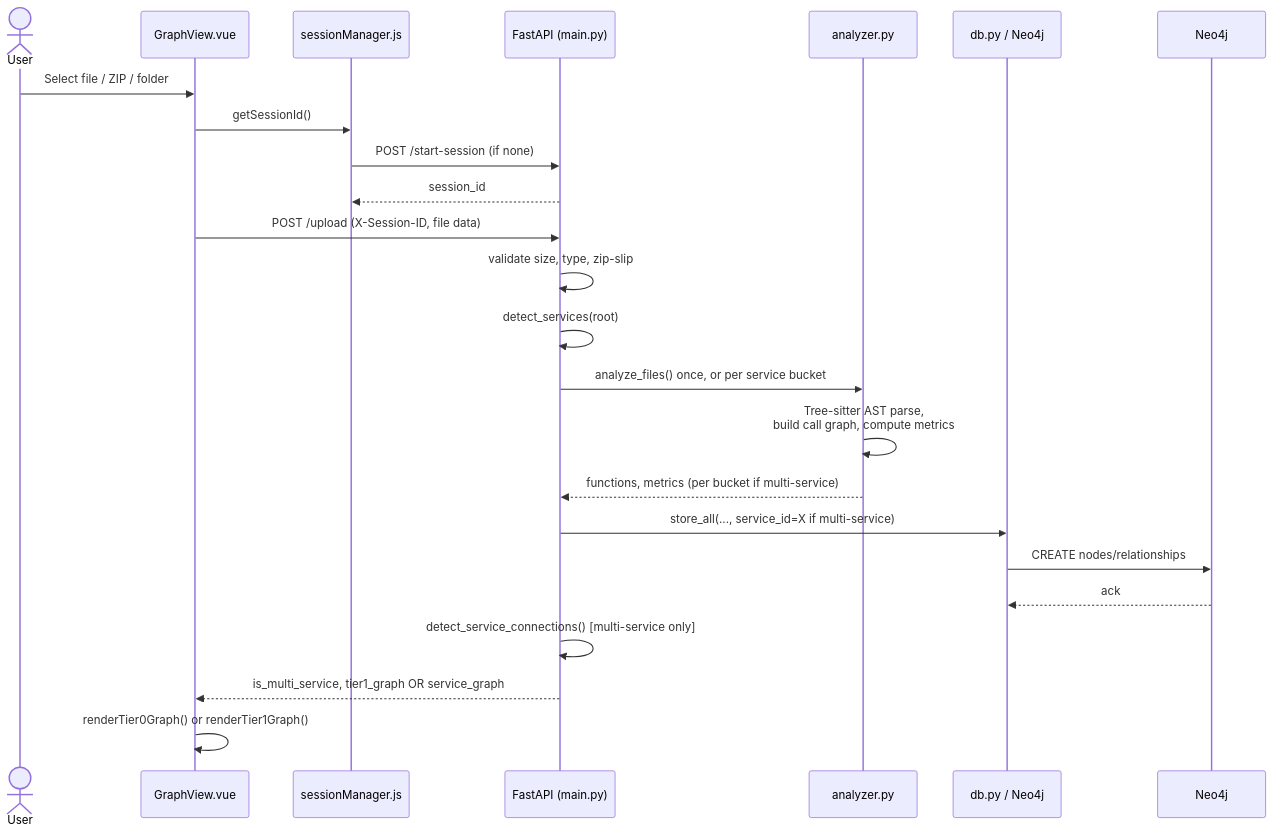
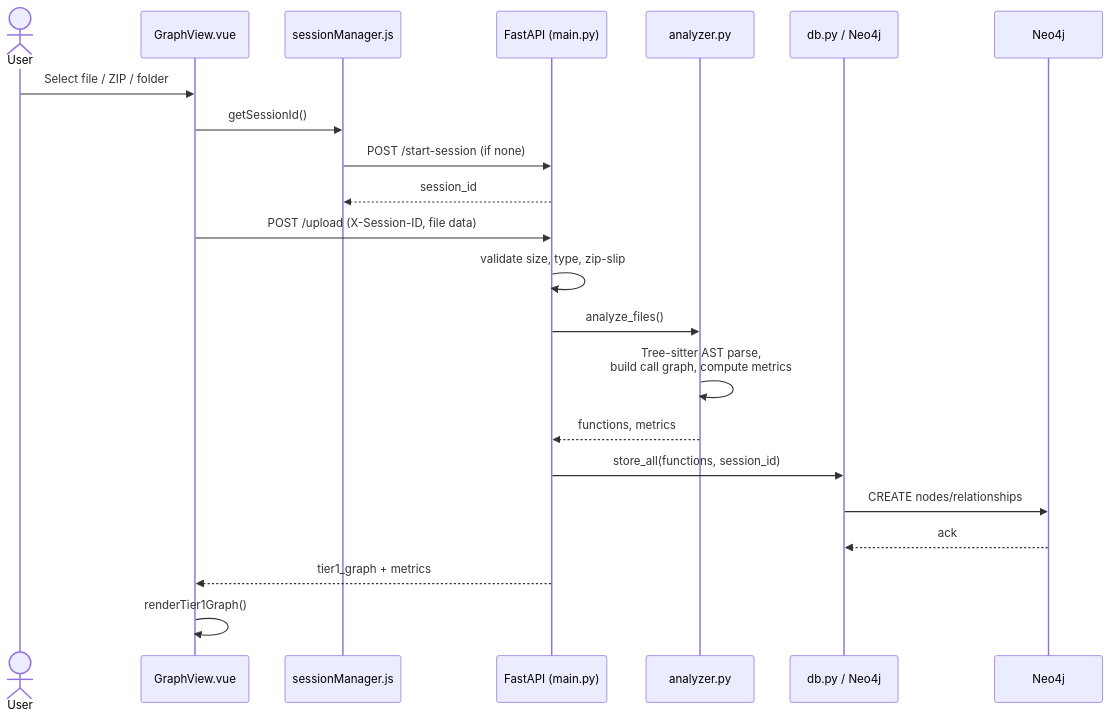
Before and after one commit to farjanasarker/Code_Base_Visualisation: the seventh of 12 diagrams in SRS.md, drawn with Mermaid. The commit also changed other lines of this file and 27 other files, not shown here.

````diff
--- a/SRS.md
+++ b/SRS.md
@@ -582,26 +623,24 @@
 ```mermaid
 sequenceDiagram
     actor U as User
     participant FE as GraphView.vue
     participant SM as sessionManager.js
     participant API as FastAPI (main.py)
     participant AN as analyzer.py
     participant DB as db.py / Neo4j
 
     U->>FE: Select file / ZIP / folder
     FE->>SM: getSessionId()
     SM->>API: POST /start-session (if none)
     API-->>SM: session_id
     FE->>API: POST /upload (X-Session-ID, file data)
     API->>API: validate size, type, zip-slip
-    API->>API: detect_services(root)
-    API->>AN: analyze_files() once, or per service bucket
+    API->>AN: analyze_files()
     AN->>AN: Tree-sitter AST parse,<br/>build call graph, compute metrics
-    AN-->>API: functions, metrics (per bucket if multi-service)
-    API->>DB: store_all(..., service_id=X if multi-service)
+    AN-->>API: functions, metrics
+    API->>DB: store_all(functions, session_id)
     DB->>Neo4j: CREATE nodes/relationships
     Neo4j-->>DB: ack
-    API->>API: detect_service_connections() [multi-service only]
-    API-->>FE: is_multi_service, tier1_graph OR service_graph
-    FE->>FE: renderTier0Graph() or renderTier1Graph()
+    API-->>FE: tier1_graph + metrics
+    FE->>FE: renderTier1Graph()
 ```
````
